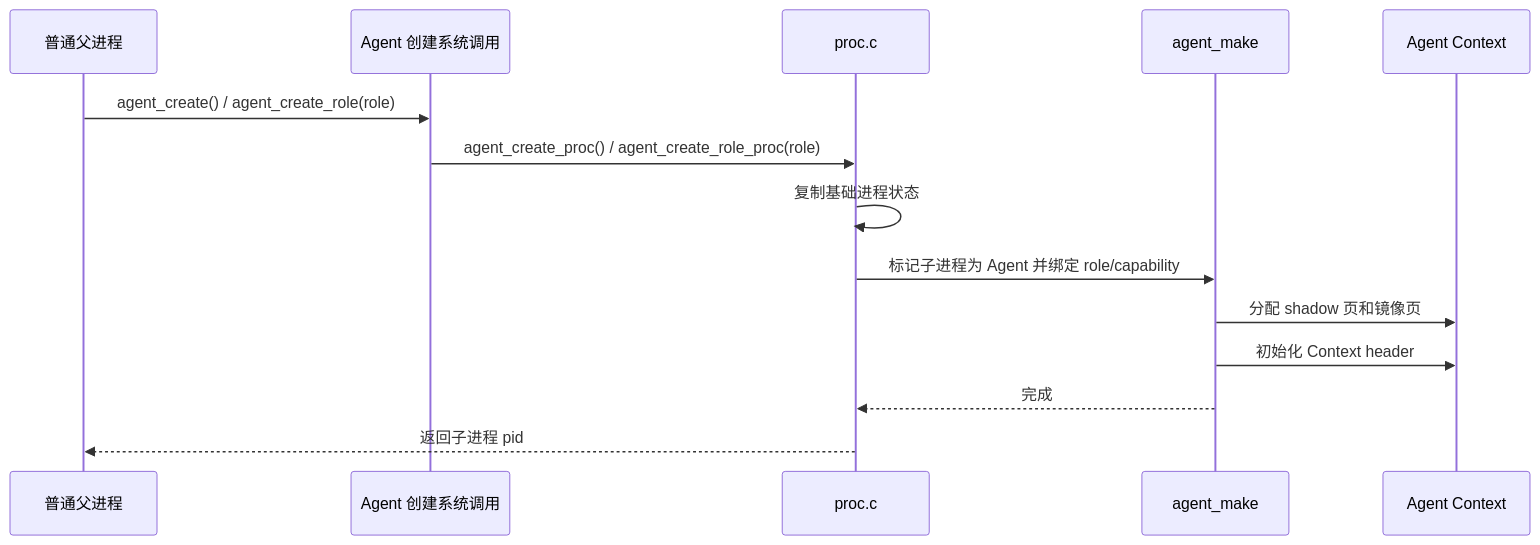
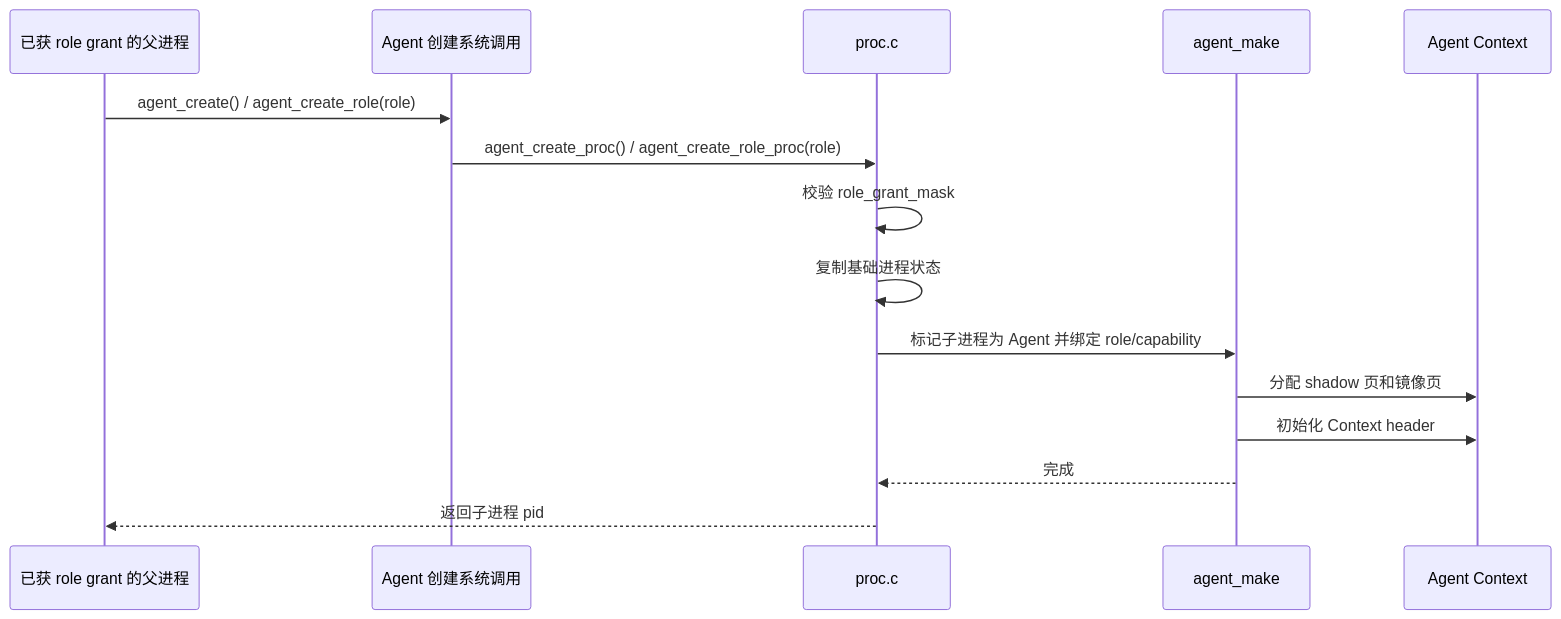
One commit to yushugulao/Agent-OS changed the diagram in docs/agentos/task1-agent-process.md. Above: the diagram before and after it, drawn with Mermaid. The commit also changed other lines of this file and 19 other files, not shown here.

````diff
--- a/docs/agentos/task1-agent-process.md
+++ b/docs/agentos/task1-agent-process.md
@@ -98,16 +99,17 @@
 ```mermaid
 sequenceDiagram
-    participant P as 普通父进程
+    participant P as 已获 role grant 的父进程
     participant S as Agent 创建系统调用
     participant K as proc.c
     participant A as agent_make
     participant C as Agent Context
     P->>S: agent_create() / agent_create_role(role)
     S->>K: agent_create_proc() / agent_create_role_proc(role)
+    K->>K: 校验 role_grant_mask
     K->>K: 复制基础进程状态
     K->>A: 标记子进程为 Agent 并绑定 role/capability
     A->>C: 分配 shadow 页和镜像页
     A->>C: 初始化 Context header
     A-->>K: 完成
     K-->>P: 返回子进程 pid
 ```
````
